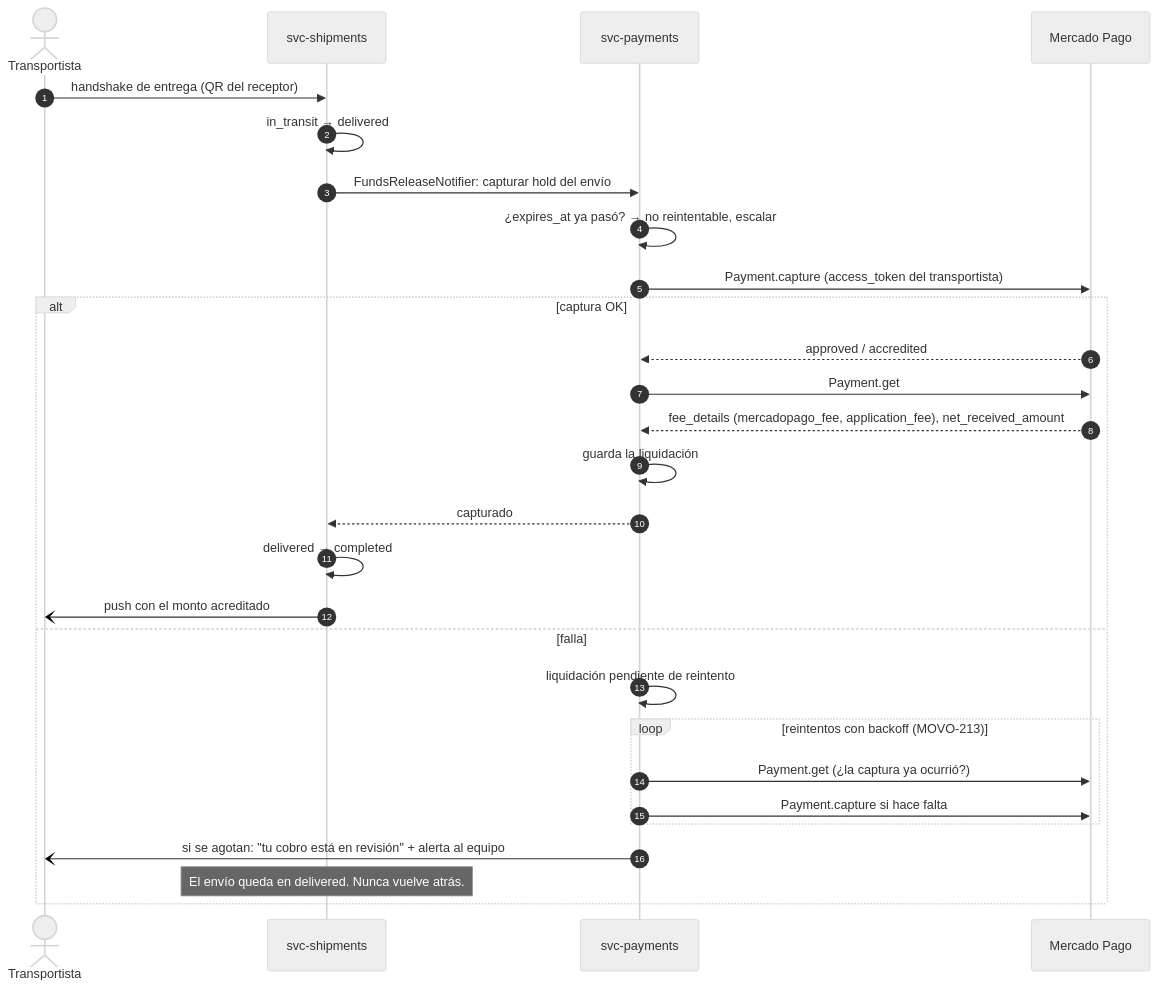
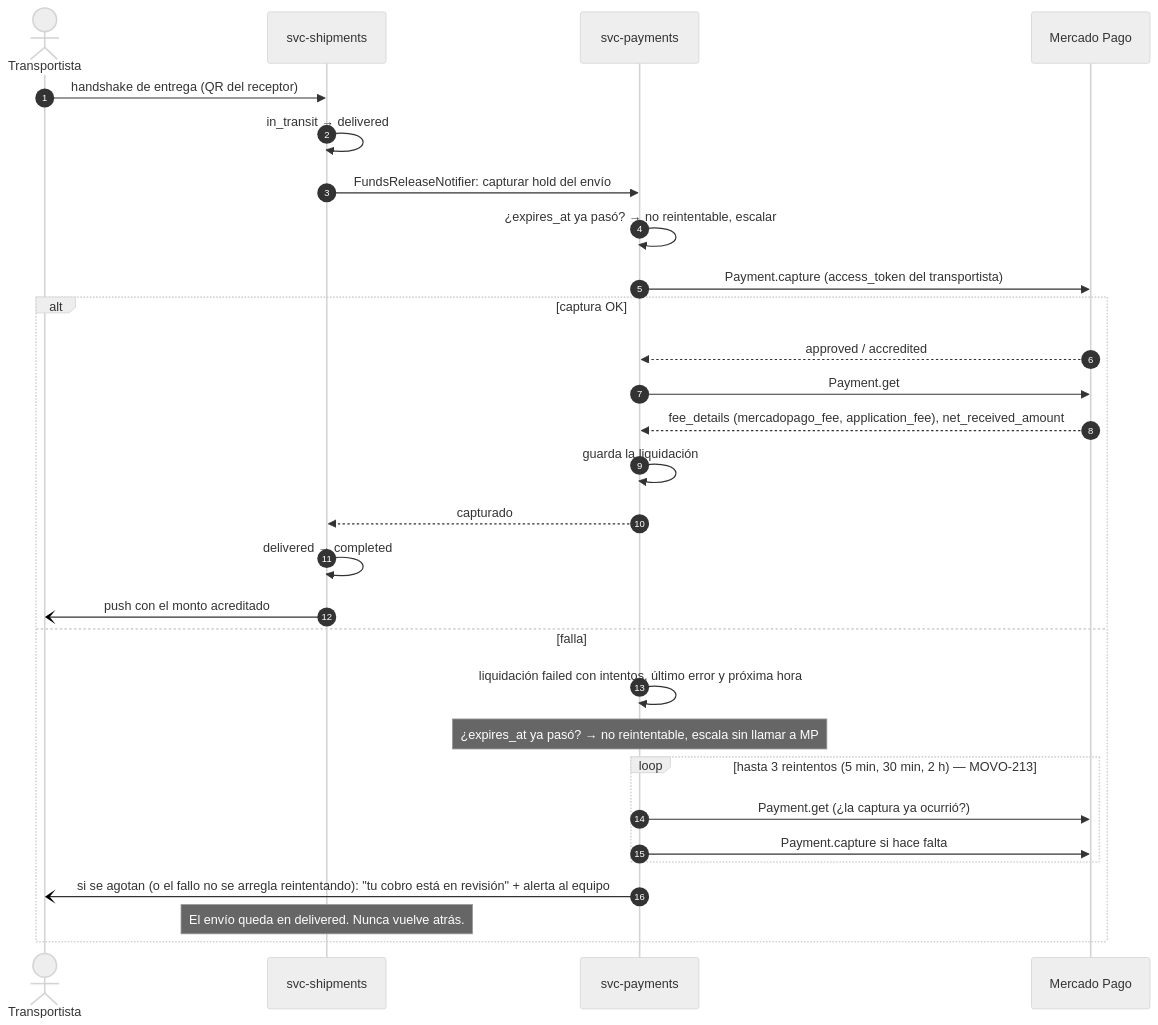
One commit to movosend/movo changed the seventh of 11 diagrams in docs/payments/flujo-de-pagos.md. Above: the diagram before and after it, drawn with Mermaid (neutral theme). The commit also changed other lines of this file and 4 other files, not shown here.

Commit message:
docs: historiales, flujo de pagos y variables de infra de los reintentos de captura (MOVO-213)

````diff
--- a/docs/payments/flujo-de-pagos.md
+++ b/docs/payments/flujo-de-pagos.md
@@ -274,31 +274,32 @@
 ```mermaid
 sequenceDiagram
     autonumber
     actor T as Transportista
     participant S as svc-shipments
     participant P as svc-payments
     participant MP as Mercado Pago
 
     T->>S: handshake de entrega (QR del receptor)
     S->>S: in_transit → delivered
     S->>P: FundsReleaseNotifier: capturar hold del envío
     P->>P: ¿expires_at ya pasó? → no reintentable, escalar
     P->>MP: Payment.capture (access_token del transportista)
     alt captura OK
         MP-->>P: approved / accredited
         P->>MP: Payment.get
         MP-->>P: fee_details (mercadopago_fee, application_fee), net_received_amount
         P->>P: guarda la liquidación
         P-->>S: capturado
         S->>S: delivered → completed
         S-)T: push con el monto acreditado
     else falla
-        P->>P: liquidación pendiente de reintento
-        loop reintentos con backoff (MOVO-213)
+        P->>P: liquidación failed con intentos, último error y próxima hora
+        Note over P: ¿expires_at ya pasó? → no reintentable, escala sin llamar a MP
+        loop hasta 3 reintentos (5 min, 30 min, 2 h) — MOVO-213
             P->>MP: Payment.get (¿la captura ya ocurrió?)
             P->>MP: Payment.capture si hace falta
         end
-        P-)T: si se agotan: "tu cobro está en revisión" + alerta al equipo
+        P-)T: si se agotan (o el fallo no se arregla reintentando): "tu cobro está en revisión" + alerta al equipo
         Note over S: El envío queda en delivered. Nunca vuelve atrás.
     end
 ```
````
